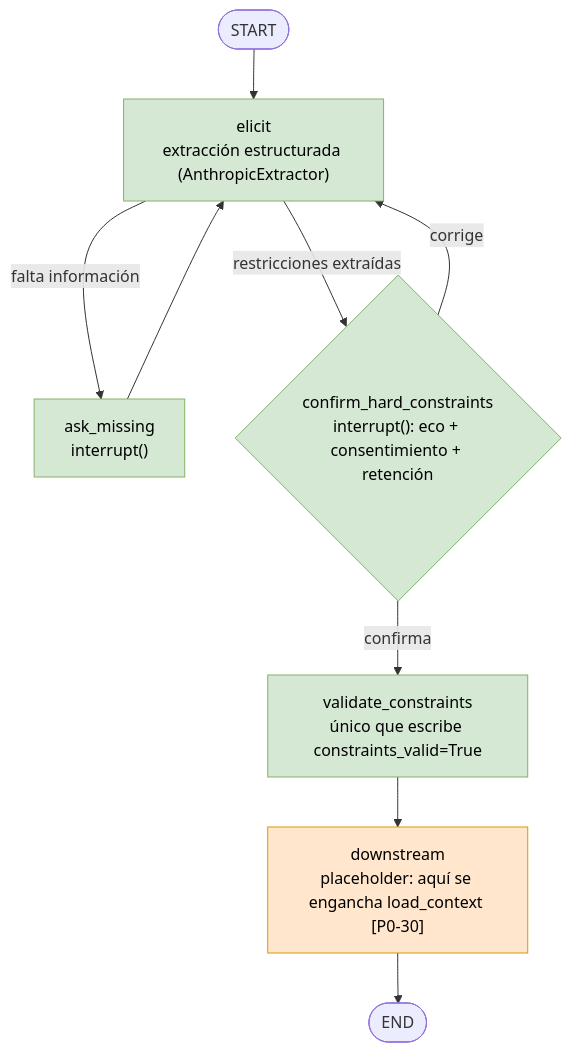
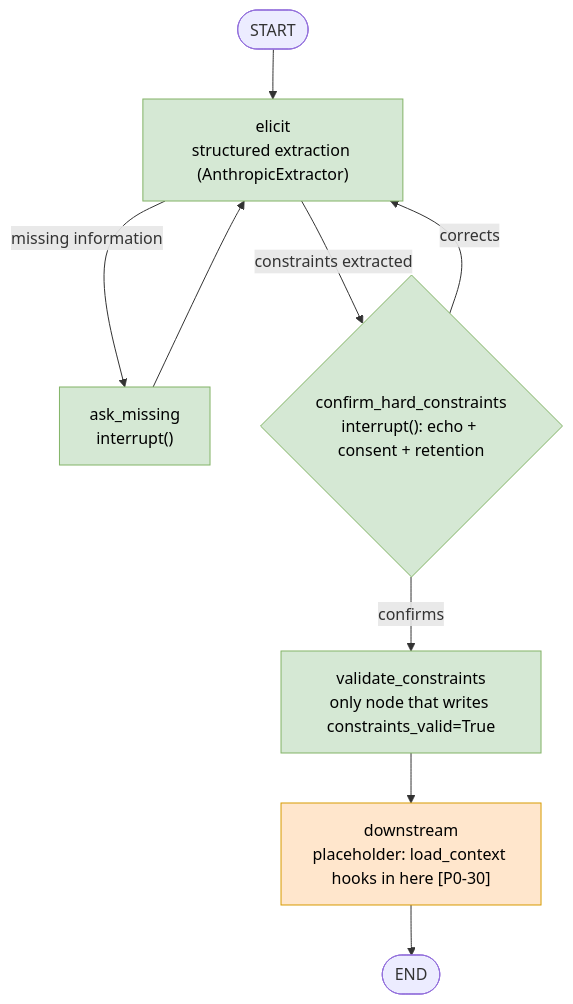
The first of 4 diagrams in docs/diagrams/agent-flow.md (andrea0727/parkmind-agentic-ai), drawn with Mermaid before and after one commit. The commit also changed other lines of this file and 2 other files, not shown here.

````diff
--- a/docs/diagrams/agent-flow.md
+++ b/docs/diagrams/agent-flow.md
@@ -11,14 +11,14 @@
 ```mermaid
 flowchart TD
-  S([START]) --> EL["elicit<br/>extracción estructurada (AnthropicExtractor)"]:::impl
-  EL -- falta información --> AM["ask_missing<br/>interrupt()"]:::impl
+  S([START]) --> EL["elicit<br/>structured extraction (AnthropicExtractor)"]:::impl
+  EL -- missing information --> AM["ask_missing<br/>interrupt()"]:::impl
   AM --> EL
-  EL -- restricciones extraídas --> CH{"confirm_hard_constraints<br/>interrupt(): eco + consentimiento + retención"}:::impl
-  CH -- corrige --> EL
-  CH -- confirma --> VA["validate_constraints<br/>único que escribe constraints_valid=True"]:::impl
-  VA --> DS["downstream<br/>placeholder: aquí se engancha load_context [P0-30]"]:::partial
+  EL -- constraints extracted --> CH{"confirm_hard_constraints<br/>interrupt(): echo + consent + retention"}:::impl
+  CH -- corrects --> EL
+  CH -- confirms --> VA["validate_constraints<br/>only node that writes constraints_valid=True"]:::impl
+  VA --> DS["downstream<br/>placeholder: load_context hooks in here [P0-30]"]:::partial
   DS --> Z([END])
 
   classDef impl fill:#d5e8d4,stroke:#82b366,color:#000
   classDef partial fill:#ffe6cc,stroke:#d79b00,color:#000
 ```
````
